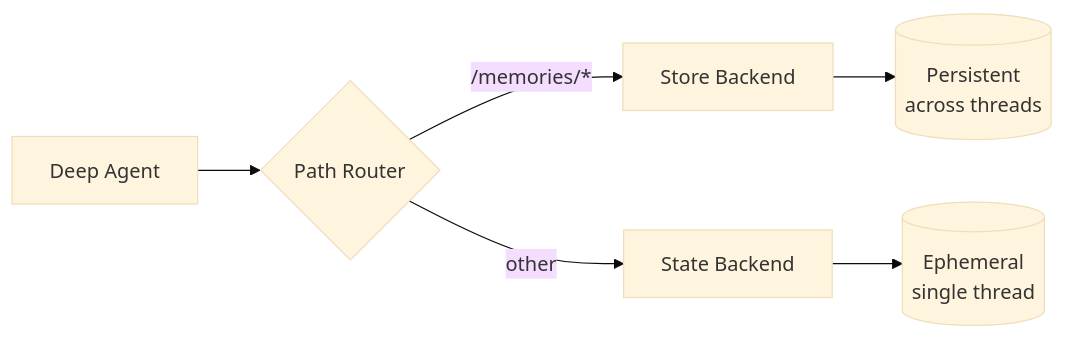
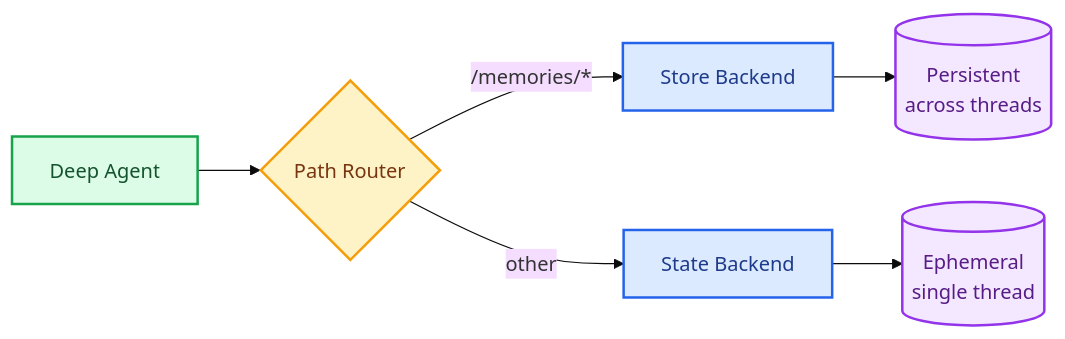
One commit to langchain-ai/docs changed the diagram in src/oss/deepagents/long-term-memory.mdx. Above: the diagram before and after it, drawn with Mermaid (base theme). The commit also changed 22 other files, not shown here.

Commit message:
fix mermaids in dark mode

````diff
--- a/src/oss/deepagents/long-term-memory.mdx
+++ b/src/oss/deepagents/long-term-memory.mdx
@@ -10,10 +10,20 @@
 ```mermaid
 graph LR
     Agent[Deep Agent] --> Router{Path Router}
 
     Router --> |/memories/*| Store[Store Backend]
     Router --> |other| State[State Backend]
 
     Store --> Persist[(Persistent<br/>across threads)]
     State --> Ephemeral[(Ephemeral<br/>single thread)]
+
+    classDef trigger fill:#DCFCE7,stroke:#16A34A,stroke-width:2px,color:#14532D
+    classDef process fill:#DBEAFE,stroke:#2563EB,stroke-width:2px,color:#1E3A8A
+    classDef decision fill:#FEF3C7,stroke:#F59E0B,stroke-width:2px,color:#78350F
+    classDef output fill:#F3E8FF,stroke:#9333EA,stroke-width:2px,color:#581C87
+
+    class Agent trigger
+    class Router decision
+    class Store,State process
+    class Persist,Ephemeral output
 ```
````
